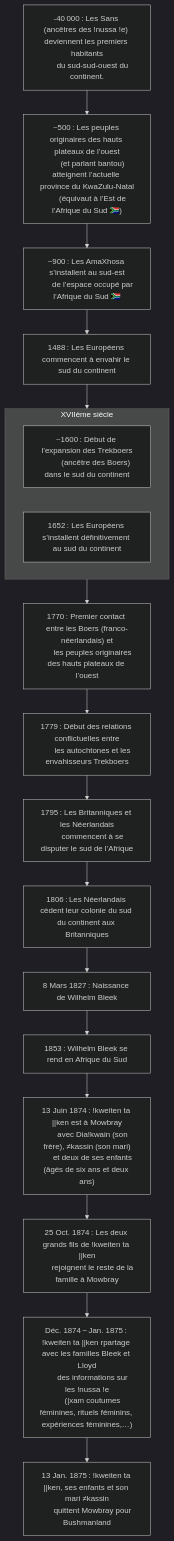
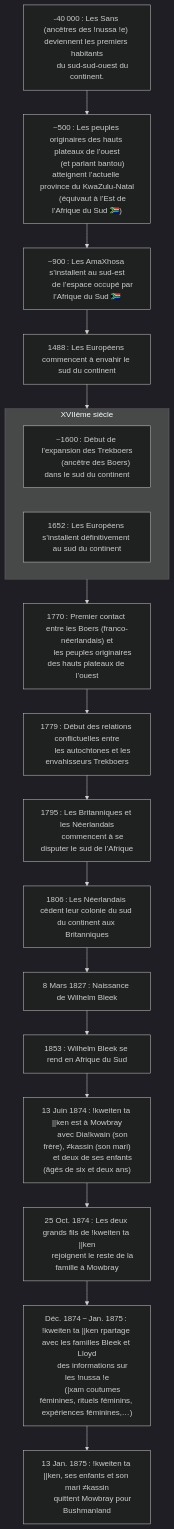
Before and after one commit to ba-moun/Ba-Moun-Save: the diagram in en-cours/personnalite/femme/chasseuse-ceuilleuse/rachel.md, drawn with Mermaid (dark theme). The commit also changed other lines of this file, not shown here.

Commit message:
docs: update en-cours/personnalite/femme/chasseuse-ceuilleuse/rachel

````diff
--- a/en-cours/personnalite/femme/chasseuse-ceuilleuse/rachel.md
+++ b/en-cours/personnalite/femme/chasseuse-ceuilleuse/rachel.md
@@ -28,59 +28,59 @@
 ```mermaid
 flowchart TB
    
    Khoïsan["-40 000 : Les Sans (ancêtres des !nussa !e) deviennent les premiers habitants
       du sud-sud-ouest du continent."]
    
    grassland["~500 : Les peuples originaires des hauts plateaux de l’ouest
       (et parlant bantou) atteignent l’actuelle province du KwaZulu-Natal
       (équivaut à l’Est de l’Afrique du Sud 🇿🇦)"]
    
    amaXhosa["~900 : Les AmaXhosa s’installent au sud-est
       de l’espace occupé par l’Afrique du Sud 🇿🇦"]
    
    europeanInvasion["1488 : Les Européens commencent à envahir le sud du continent"]
    
    subgraph 17thCentury["XVIIème siècle"]
       boersExpantion["~1600 : Début de l’expansion des Trekboers
          (ancêtre des Boers) dans le sud du continent"]
       
       europeanInvasionNextStep["1652 : Les Européens s’installent définitivement au sud du continent"]
    end
    
    boersArrive["1770 : Premier contact entre les Boers (franco-néerlandais) et
       les peuples originaires des hauts plateaux de l’ouest"]
    
    boersConflict["1779 : Début des relations conflictuelles entre
       les autochtones et les envahisseurs Trekboers"]
       
    europeanFightInZABegin["1795 : Les Britanniques et les Néerlandais
       commencent à se disputer le sud de l’Afrique"]
    
 
    europeanFightInZAEnd["1806 : Les Néerlandais cèdent leur colonie du sud du continent aux Britanniques"]
                
    wilhelmBleekbirth["8 Mars 1827 : Naissance de Wilhelm Bleek"]
                
    wBleekInZA["1853 : Wilhelm Bleek se rend en Afrique du Sud"]
       
    kweitenTaKenInMowbray["13 Juin 1874 : !kweiten ta ||ken est à Mowbray
       avec Dia!kwain (son frère), ≠kassin (son mari)
-      et deux de ses enfants (âgés de six ans et deux ans)"]
+      et deux de ses enfants (âgés de six et deux ans)"]
                
    kTKOlderSons["25 Oct. 1874 : Les deux grands fils de !kweiten ta ||ken
       rejoignent le reste de la famille à Mowbray"]
    
    kTKInformator["Déc. 1874 − Jan. 1875 : !kweiten ta ||ken rpartage avec les familles Bleek et Lloyd
       des informations sur les !nussa !e
       (|xam coutumes féminines, rituels féminins, expériences féminines,…)"]
       
    kTKLittleFamilyLeaveMowbray["13 Jan. 1875 : !kweiten ta ||ken, ses enfants et son mari ≠kassin
       quittent Mowbray pour Bushmanland"]
    
    Khoïsan --> grassland --> amaXhosa --> europeanInvasion -->
    17thCentury --> boersArrive --> boersConflict --> 
    europeanFightInZABegin --> europeanFightInZAEnd -->
    wilhelmBleekbirth --> wBleekInZA --> kweitenTaKenInMowbray -->
    kTKOlderSons --> kTKInformator --> kTKLittleFamilyLeaveMowbray
    
 ```
````
